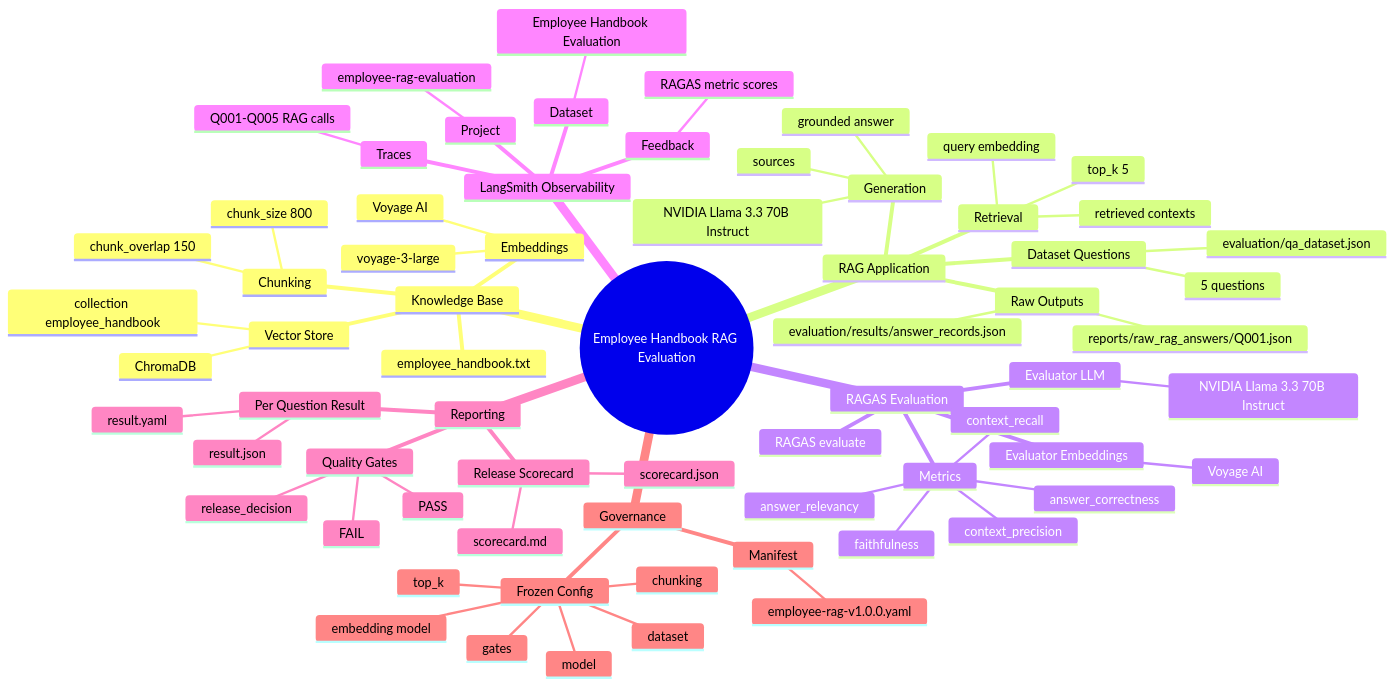
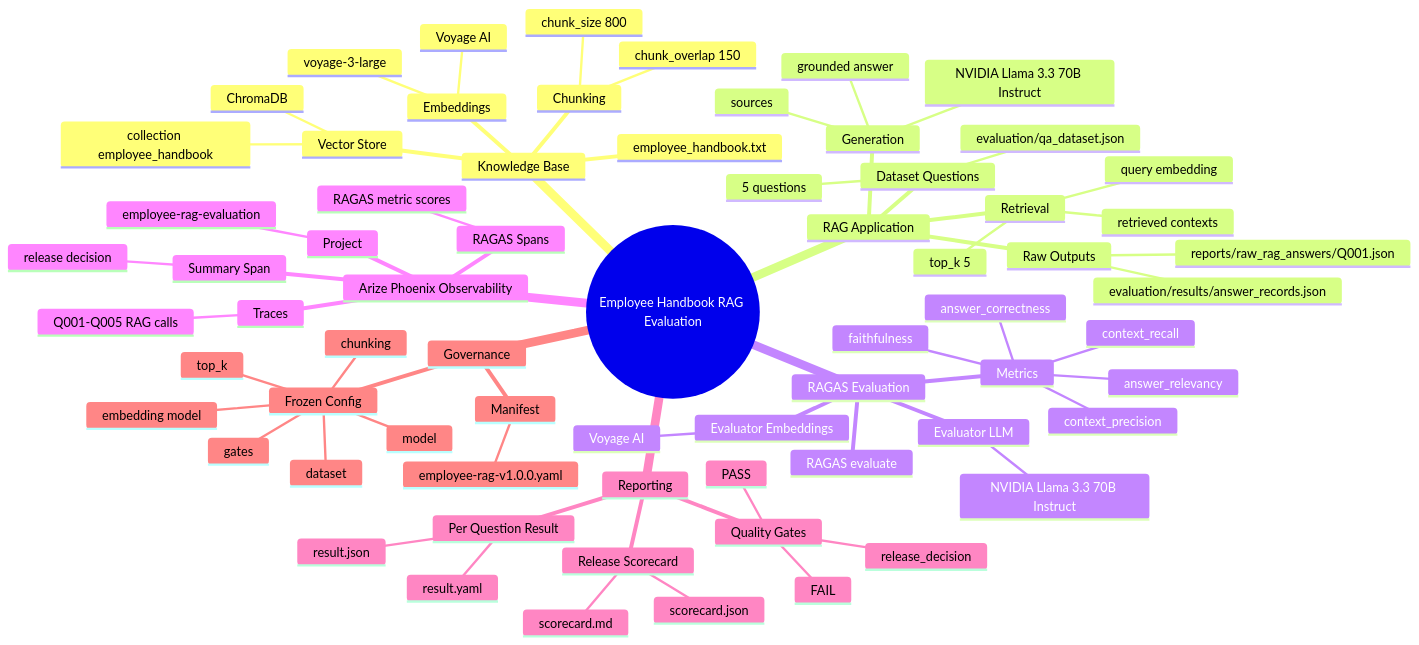
One commit to gajapriyanagulraj/ragas-eval changed the first of 4 diagrams in ARCHITECTURE_FLOW.md. Above: the diagram before and after it, drawn with Mermaid. The commit also changed other lines of this file and 14 other files, not shown here.

Commit message:
Replace LangSmith with Phoenix observability

````diff
--- a/ARCHITECTURE_FLOW.md
+++ b/ARCHITECTURE_FLOW.md
@@ -7,72 +7,72 @@
 ```mermaid
 mindmap
   root((Employee Handbook RAG Evaluation))
     Knowledge Base
       employee_handbook.txt
       Chunking
         chunk_size 800
         chunk_overlap 150
       Embeddings
         Voyage AI
         voyage-3-large
       Vector Store
         ChromaDB
         collection employee_handbook
     RAG Application
       Dataset Questions
         evaluation/qa_dataset.json
         5 questions
       Retrieval
         query embedding
         top_k 5
         retrieved contexts
       Generation
         NVIDIA Llama 3.3 70B Instruct
         grounded answer
         sources
       Raw Outputs
         reports/raw_rag_answers/Q001.json
         evaluation/results/answer_records.json
     RAGAS Evaluation
       RAGAS evaluate
       Evaluator LLM
         NVIDIA Llama 3.3 70B Instruct
       Evaluator Embeddings
         Voyage AI
       Metrics
         context_precision
         context_recall
         faithfulness
         answer_relevancy
         answer_correctness
-    LangSmith Observability
+    Arize Phoenix Observability
       Project
         employee-rag-evaluation
       Traces
         Q001-Q005 RAG calls
-      Feedback
+      RAGAS Spans
         RAGAS metric scores
-      Dataset
-        Employee Handbook Evaluation
+      Summary Span
+        release decision
     Reporting
       Per Question Result
         result.json
         result.yaml
       Release Scorecard
         scorecard.json
         scorecard.md
       Quality Gates
         PASS
         FAIL
         release_decision
     Governance
       Manifest
         employee-rag-v1.0.0.yaml
       Frozen Config
         model
         embedding model
         chunking
         top_k
         dataset
         gates
 ```
````
